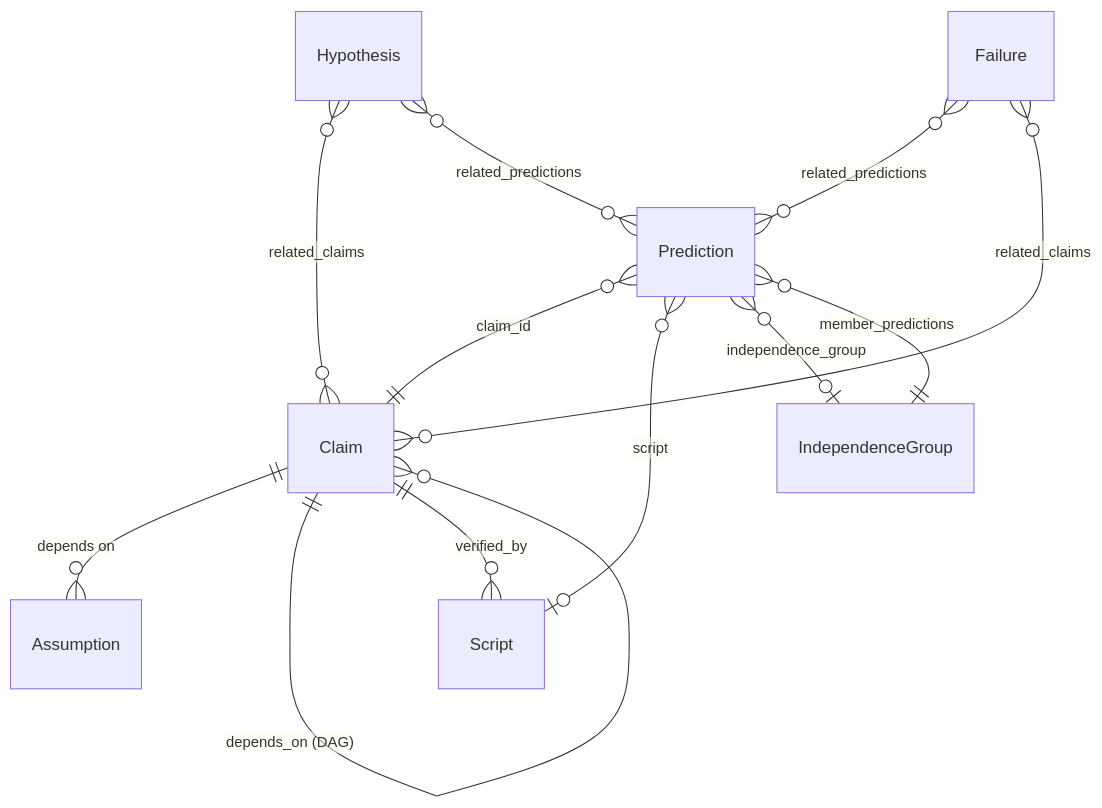
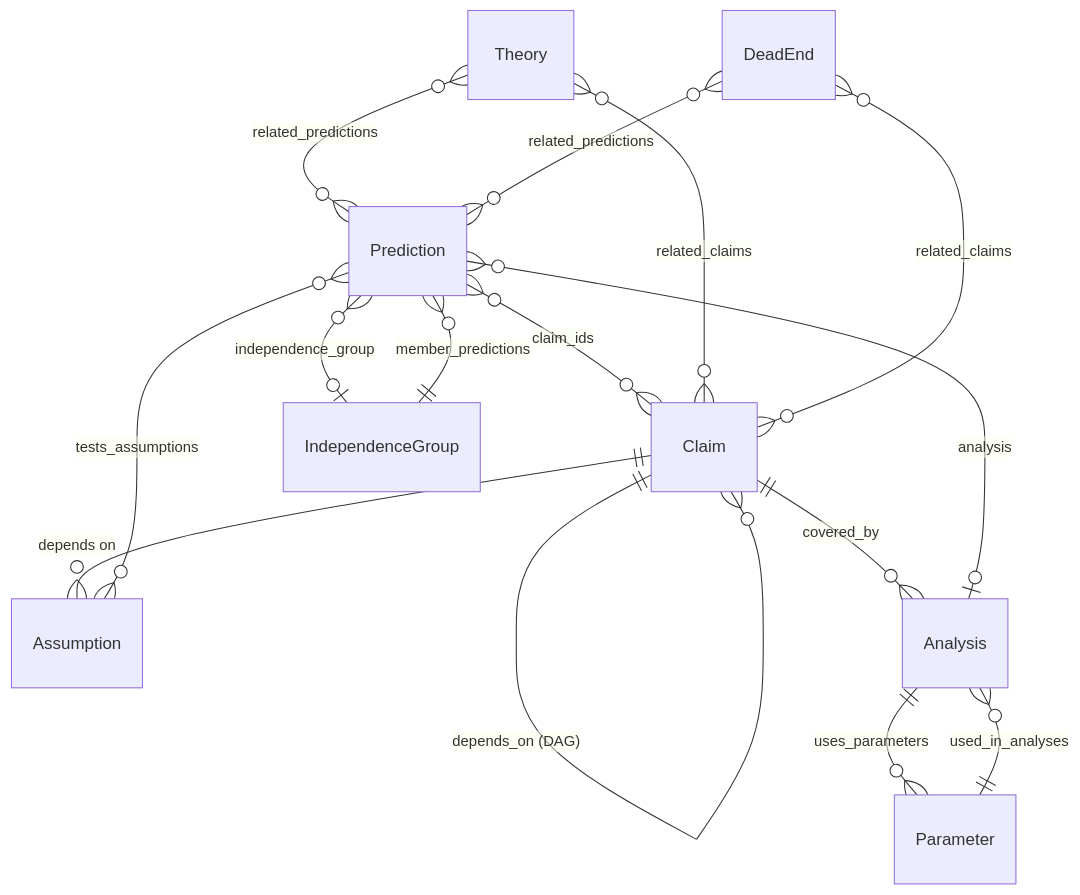
One commit to cdowd010/episteme changed the second of 6 diagrams in ARCHITECTURE.md. Above: the diagram before and after it, drawn with Mermaid. The commit also changed other lines of this file and 3 other files, not shown here.

Commit message:
Updated documentation to reflect the new architecture

````diff
--- a/ARCHITECTURE.md
+++ b/ARCHITECTURE.md
@@ -131,14 +174,17 @@
 ```mermaid
 erDiagram
     Claim ||--o{ Assumption : "depends on"
     Claim ||--o{ Claim : "depends_on (DAG)"
-    Claim ||--o{ Script : "verified_by"
-    Prediction }o--|| Claim : "claim_id"
-    Prediction }o--o| Script : "script"
+    Claim ||--o{ Analysis : "covered_by"
+    Prediction }o--o{ Claim : "claim_ids"
+    Prediction }o--o{ Assumption : "tests_assumptions"
+    Prediction }o--o| Analysis : "analysis"
     Prediction }o--o| IndependenceGroup : "independence_group"
     IndependenceGroup ||--o{ Prediction : "member_predictions"
-    Hypothesis }o--o{ Claim : "related_claims"
-    Hypothesis }o--o{ Prediction : "related_predictions"
-    Failure }o--o{ Prediction : "related_predictions"
-    Failure }o--o{ Claim : "related_claims"
+    Theory }o--o{ Claim : "related_claims"
+    Theory }o--o{ Prediction : "related_predictions"
+    DeadEnd }o--o{ Prediction : "related_predictions"
+    DeadEnd }o--o{ Claim : "related_claims"
+    Analysis ||--o{ Parameter : "uses_parameters"
+    Parameter ||--o{ Analysis : "used_in_analyses"
 ```
````
